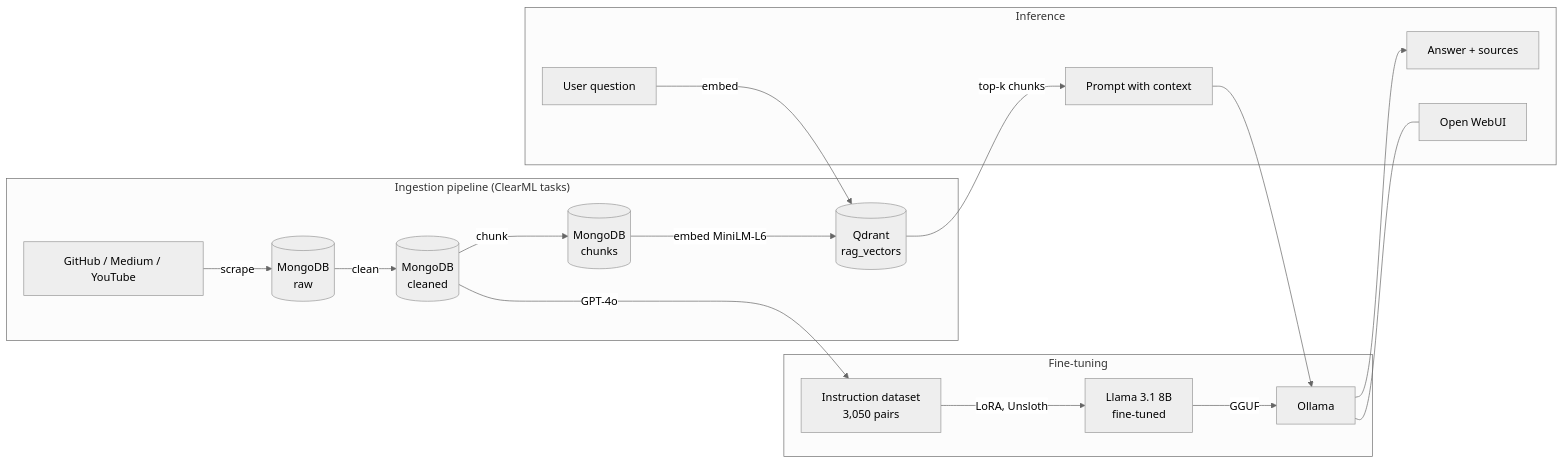
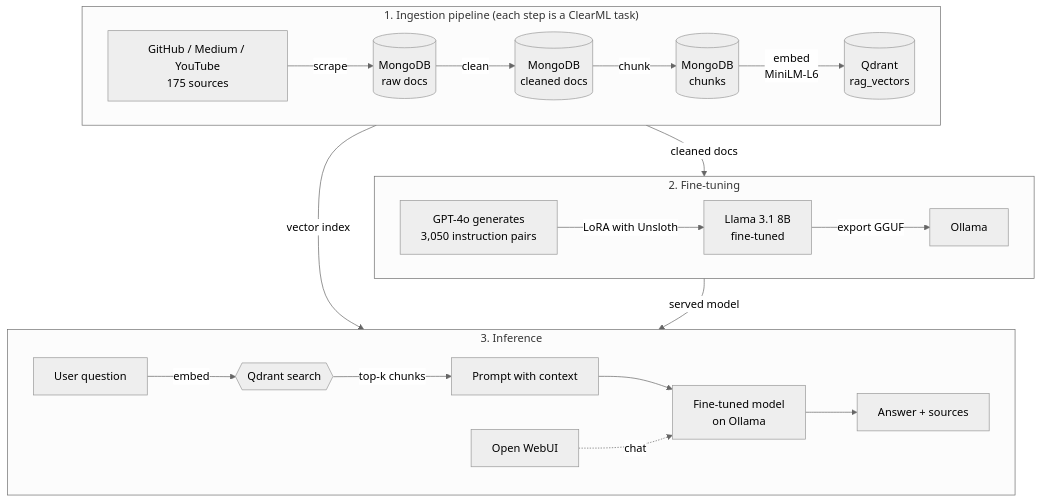
One commit to anindaghosh/cs-gy-6613-artificial-intelligence-project changed the diagram in README.md. Above: the diagram before and after it, drawn with Mermaid (neutral theme). The commit also changed 1 other file, not shown here.

Commit message:
Clarify architecture diagram and pin Qdrant image
- Lay the diagram out as three stages linked to each other, so Ollama
  appears on the serving side and the boxes no longer overlap
- Pin qdrant/qdrant to v1.12.5 so the committed qdrant_storage/
  snapshot keeps loading

Claude-Session: https://claude.ai/code/session_01W4ETqoQaeamW6enLA4FnYz

````diff
--- a/README.md
+++ b/README.md
@@ -29,23 +29,29 @@
 ```mermaid
-flowchart LR
-    subgraph Ingestion["Ingestion pipeline (ClearML tasks)"]
-        A[GitHub / Medium / YouTube] -->|scrape| B[(MongoDB<br/>raw)]
-        B -->|clean| C[(MongoDB<br/>cleaned)]
+flowchart TB
+    subgraph Ingestion["1. Ingestion pipeline (each step is a ClearML task)"]
+        direction LR
+        A[GitHub / Medium / YouTube<br/>175 sources] -->|scrape| B[(MongoDB<br/>raw docs)]
+        B -->|clean| C[(MongoDB<br/>cleaned docs)]
         C -->|chunk| D[(MongoDB<br/>chunks)]
-        D -->|embed MiniLM-L6| E[(Qdrant<br/>rag_vectors)]
+        D -->|embed<br/>MiniLM-L6| E[(Qdrant<br/>rag_vectors)]
     end
 
-    subgraph Training["Fine-tuning"]
-        C -->|GPT-4o| F[Instruction dataset<br/>3,050 pairs]
-        F -->|LoRA, Unsloth| G[Llama 3.1 8B<br/>fine-tuned]
-        G -->|GGUF| H[Ollama]
+    subgraph Training["2. Fine-tuning"]
+        direction LR
+        F[GPT-4o generates<br/>3,050 instruction pairs] -->|LoRA with Unsloth| G[Llama 3.1 8B<br/>fine-tuned]
+        G -->|export GGUF| H[Ollama]
     end
 
-    subgraph Serving["Inference"]
-        Q[User question] -->|embed| E
-        E -->|top-k chunks| R[Prompt with context]
-        R --> H
-        H --> S[Answer + sources]
-        H --- W[Open WebUI]
+    subgraph Serving["3. Inference"]
+        direction LR
+        Q[User question] -->|embed| E2{{Qdrant search}}
+        E2 -->|top-k chunks| R[Prompt with context]
+        R --> M[Fine-tuned model<br/>on Ollama]
+        M --> S[Answer + sources]
+        W[Open WebUI] -. chat .-> M
     end
+
+    Ingestion -->|cleaned docs| Training
+    Ingestion -->|vector index| Serving
+    Training -->|served model| Serving
 ```
````
